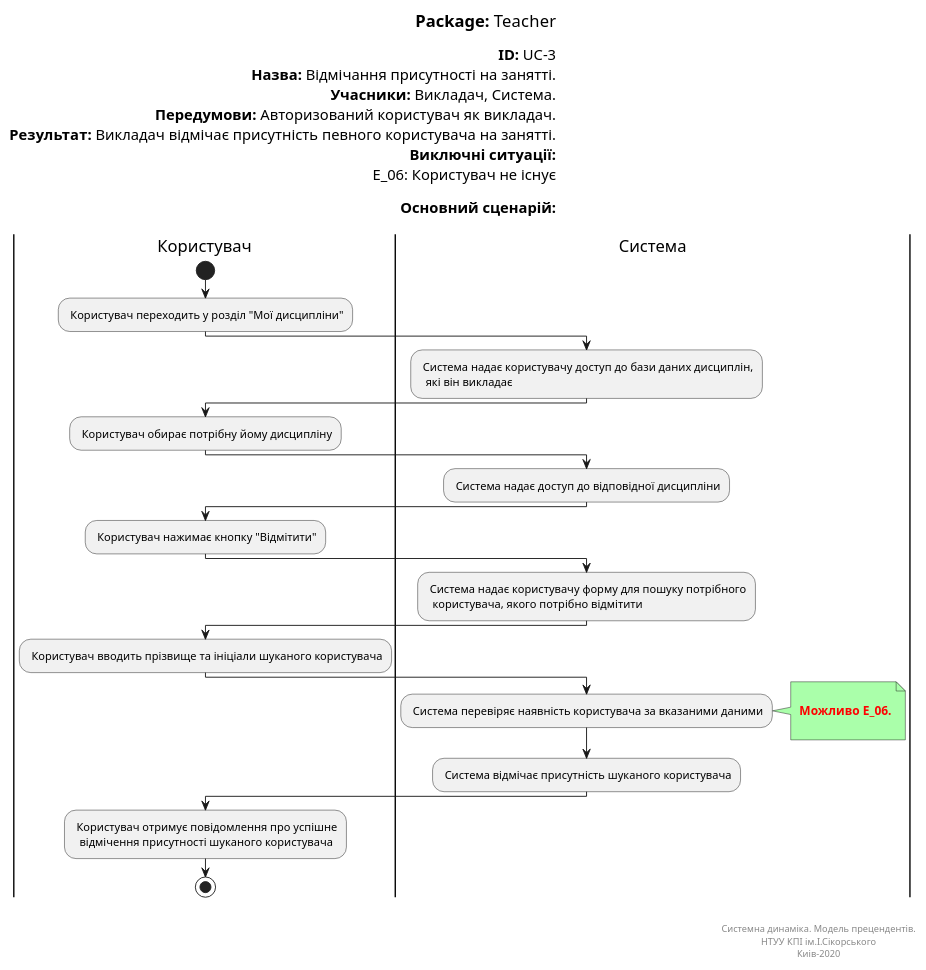
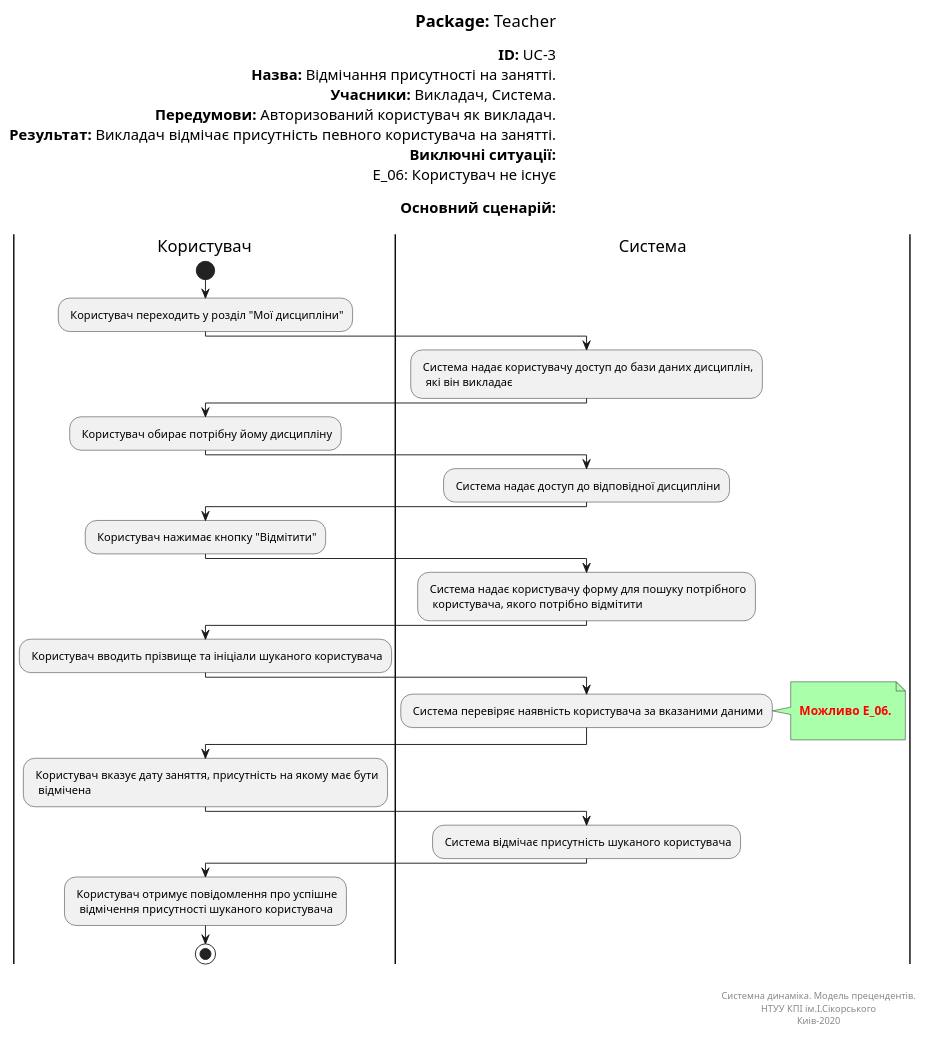
The diagram in docs/UML_Diagrams/scenarios/teacher/diagrams/UC_3.pu (vladlinu/TeamOne), drawn with PlantUML before and after one commit.

```diff
--- a/docs/UML_Diagrams/scenarios/teacher/diagrams/UC_3.pu
+++ b/docs/UML_Diagrams/scenarios/teacher/diagrams/UC_3.pu
@@ -1,66 +1,71 @@
 @startuml
 left header
 <font color=000 size=18><b>Package:</b> Teacher
 
 <font color=000 size=16><b>ID:</b> UC-3
 <font color=000 size=16><b>Назва:</b> Відмічання присутності на занятті.
 <font color=000 size=16><b>Учасники:</b> Викладач, Система.
 <font color=000 size=16><b>Передумови:</b> Авторизований користувач як викладач.
 <font color=000 size=16><b>Результат:</b> Викладач відмічає присутність певного користувача на занятті.
 <font color=000 size=16><b>Виключні ситуації:</b>
 <font color=000 size=16> E_06: Користувач не існує
 
 <font color=000 size=16><b>Основний сценарій:</b>
 
 end header
 
 |Користувач|
 start
 : Користувач переходить у розділ "Мої дисципліни";
 
 |Система|
 : Система надає користувачу доступ до бази даних дисциплін, 
   які він викладає;
    
 |Користувач|
 : Користувач обирає потрібну йому дисципліну;   
 
 |Система|
 : Система надає доступ до відповідної дисципліни;
 
 |Користувач|
 : Користувач нажимає кнопку "Відмітити";   
 
 |Система|
 : Система надає користувачу форму для пошуку потрібного
   користувача, якого потрібно відмітити;
 
 |Користувач|
-: Користувач вводить прізвище та ініціали шуканого користувача;   
+: Користувач вводить прізвище та ініціали шуканого користувача;
 
 |Система|
 : Система перевіряє наявність користувача за вказаними даними;
 
 note right #aaffaa
 
 <font color=red><b> Можливо E_06.
 
 end note
 
+|Користувач|
+: Користувач вказує дату заняття, присутність на якому має бути
+  відмічена;
+  
+|Система|  
 : Система відмічає присутність шуканого користувача;
 
 |Користувач|
 
 : Користувач отримує повідомлення про успішне
   відмічення присутності шуканого користувача;
 
 stop;
 
 right footer
 
 
 Системна динаміка. Модель прецендентів.
 НТУУ КПІ ім.І.Сікорського
 Киів-2020
 end footer
 @enduml
```
